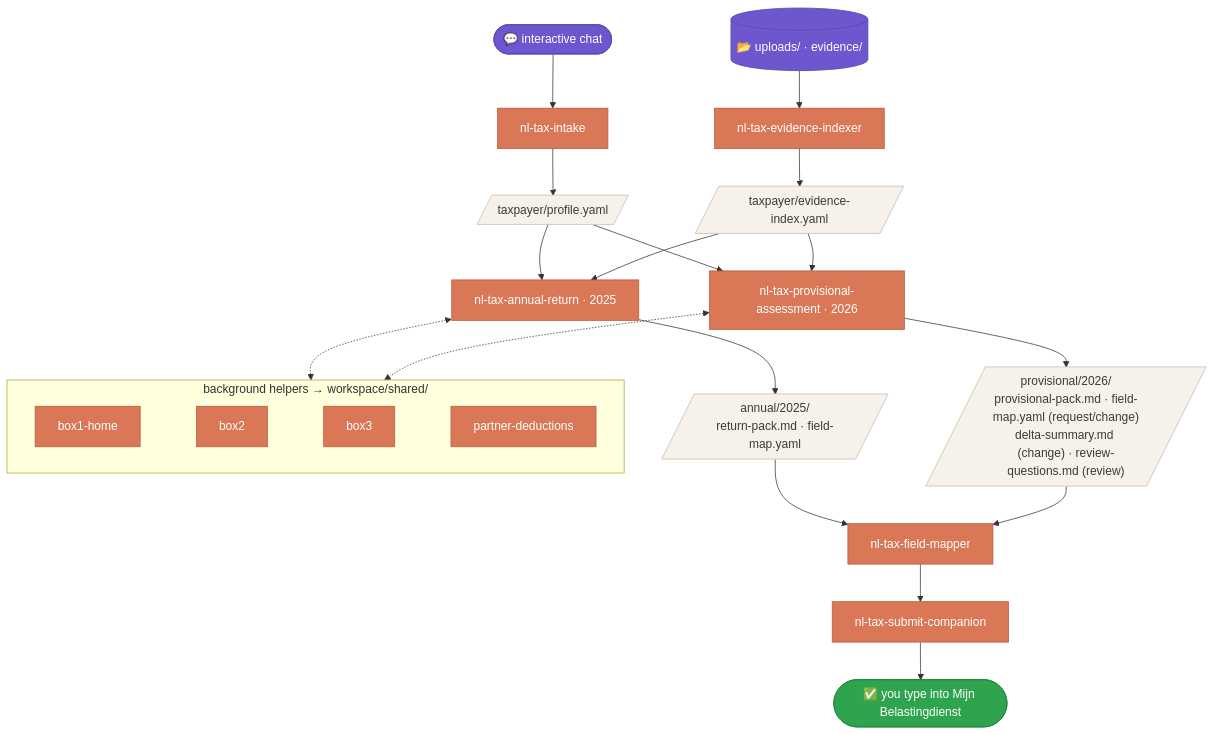
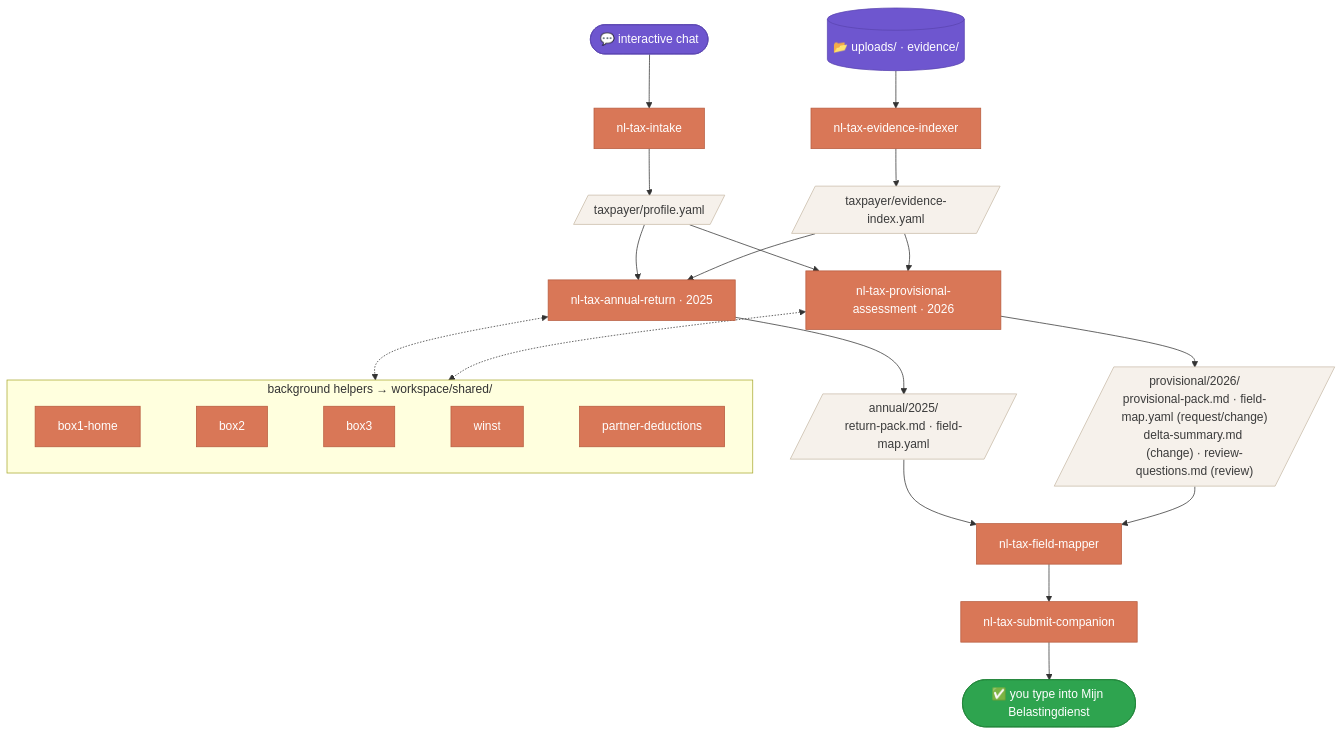
Before and after one commit to cyanxxy/nl-tax-agent-skills: the diagram in README.md, drawn with Mermaid. The commit also changed other lines of this file and 44 other files, not shown here.

First line of the commit message:
Release 0.1.6: entrepreneur (winst uit onderneming) support for annual 2025

````diff
--- a/README.md
+++ b/README.md
@@ -246,36 +248,36 @@
 ```mermaid
 flowchart TB
     chat(["💬 interactive chat"]) --> intake["nl-tax-intake"]
     docs[("📂 uploads/ · evidence/")] --> indexer["nl-tax-evidence-indexer"]
     intake --> profile[/"taxpayer/profile.yaml"/]
     indexer --> evidx[/"taxpayer/evidence-index.yaml"/]
 
     profile --> annual["nl-tax-annual-return · 2025"]
     profile --> prov["nl-tax-provisional-assessment · 2026"]
     evidx --> annual
     evidx --> prov
 
     subgraph helpers ["background helpers → workspace/shared/"]
         direction LR
-        b1["box1-home"] ~~~ b2["box2"] ~~~ b3["box3"] ~~~ pd["partner-deductions"]
+        b1["box1-home"] ~~~ b2["box2"] ~~~ b3["box3"] ~~~ wn["winst"] ~~~ pd["partner-deductions"]
     end
     annual <-.-> helpers
     prov <-.-> helpers
 
     annual --> apack[/"annual/2025/<br/>return-pack.md · field-map.yaml"/]
     prov --> ppack[/"provisional/2026/<br/>provisional-pack.md · field-map.yaml (request/change)<br/>delta-summary.md (change) · review-questions.md (review)"/]
 
     apack --> mapper["nl-tax-field-mapper"]
     ppack --> mapper
     mapper --> submit["nl-tax-submit-companion"]
     submit --> portal(["✅ you type into Mijn Belastingdienst"])
 
     classDef skill fill:#D97757,stroke:#B85C3E,color:#fff
     classDef file fill:#F6F1EB,stroke:#C9BBA8,color:#3B3B3B
     classDef endpoint fill:#2EA44F,stroke:#22863A,color:#fff
     classDef input fill:#6E56CF,stroke:#5A45B0,color:#fff
-    class intake,indexer,annual,prov,mapper,submit,b1,b2,b3,pd skill
+    class intake,indexer,annual,prov,mapper,submit,b1,b2,b3,wn,pd skill
     class profile,evidx,apack,ppack file
     class portal endpoint
     class chat,docs input
 ```
````
